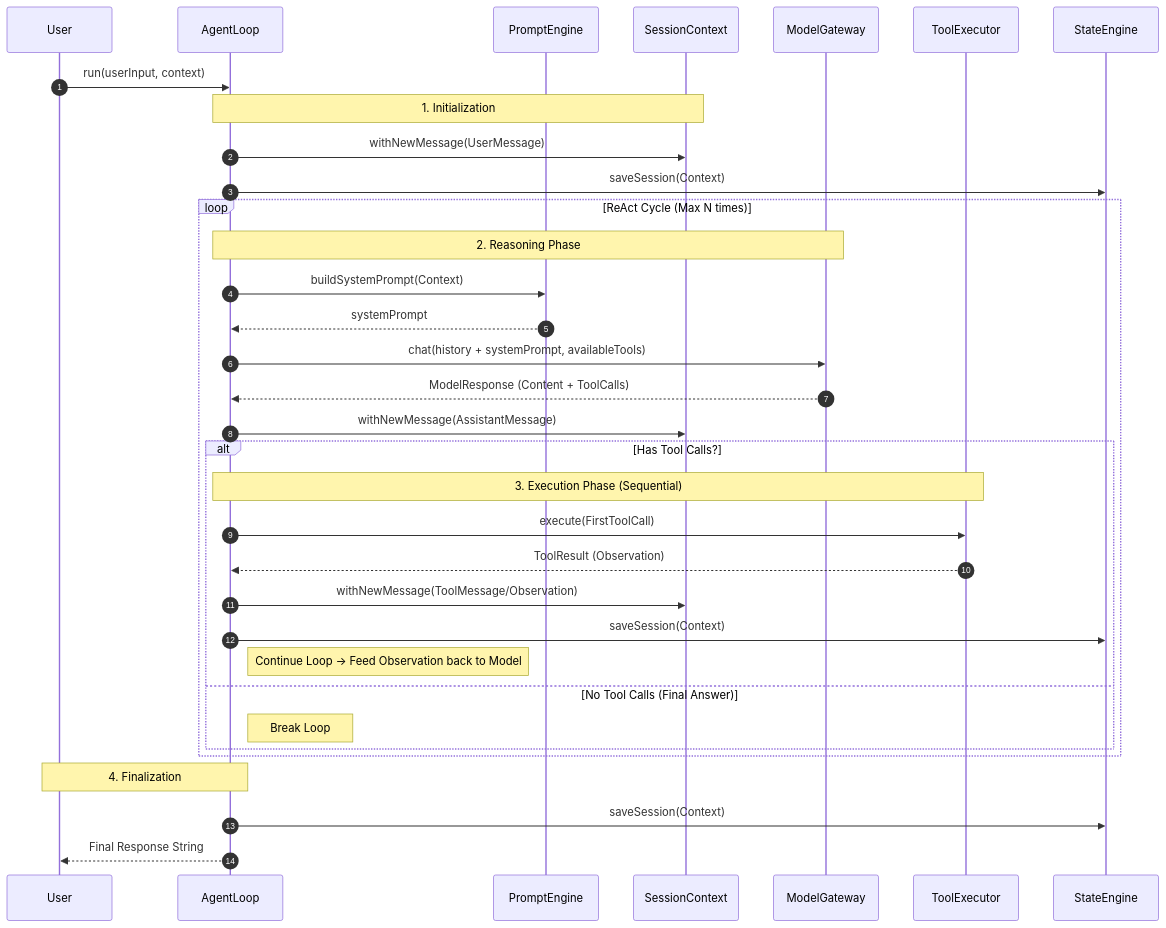
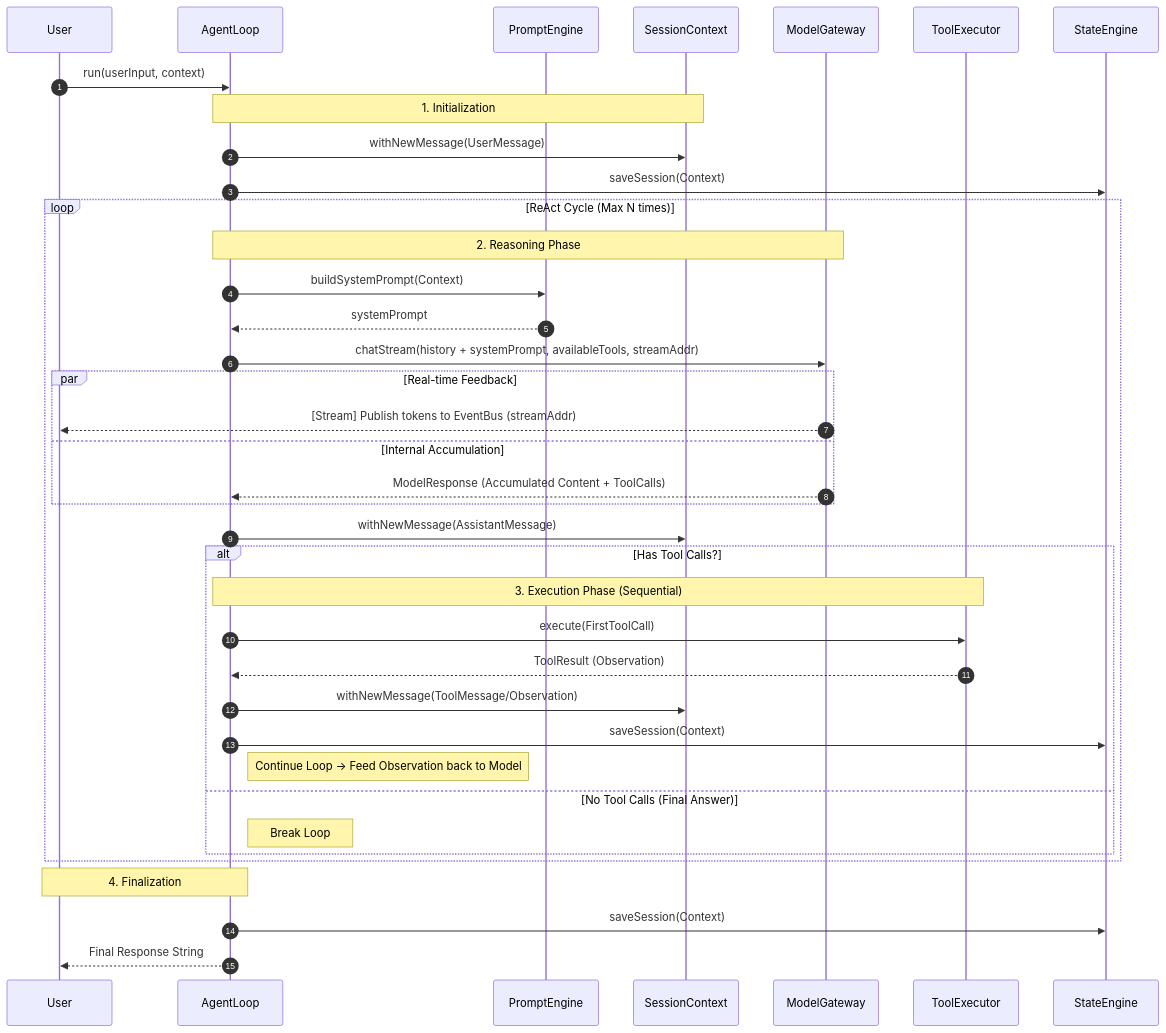
Before and after one commit to stream-iori/ganglia: the second of 3 diagrams in docs/CORE_KERNEL_DESIGN.md, drawn with Mermaid. The commit also changed 7 other files, not shown here.

````diff
--- a/docs/CORE_KERNEL_DESIGN.md
+++ b/docs/CORE_KERNEL_DESIGN.md
@@ -141,46 +141,51 @@
 ```mermaid
 sequenceDiagram
     autonumber
     participant User
     participant AgentLoop
     participant PromptEngine
     participant Context as SessionContext
     participant Model as ModelGateway
     participant ToolExec as ToolExecutor
     participant State as StateEngine
 
     User->>AgentLoop: run(userInput, context)
     
     Note over AgentLoop, Context: 1. Initialization
     AgentLoop->>Context: withNewMessage(UserMessage)
     AgentLoop->>State: saveSession(Context)
 
     loop ReAct Cycle (Max N times)
         Note over AgentLoop, Model: 2. Reasoning Phase
         AgentLoop->>PromptEngine: buildSystemPrompt(Context)
         PromptEngine-->>AgentLoop: systemPrompt
         
-        AgentLoop->>Model: chat(history + systemPrompt, availableTools)
-        Model-->>AgentLoop: ModelResponse (Content + ToolCalls)
+        AgentLoop->>Model: chatStream(history + systemPrompt, availableTools, streamAddr)
+        
+        par Real-time Feedback
+            Model-->>User: [Stream] Publish tokens to EventBus (streamAddr)
+        and Internal Accumulation
+            Model-->>AgentLoop: ModelResponse (Accumulated Content + ToolCalls)
+        end
         
         AgentLoop->>Context: withNewMessage(AssistantMessage)
         
         alt Has Tool Calls?
             Note over AgentLoop, ToolExec: 3. Execution Phase (Sequential)
             
             AgentLoop->>ToolExec: execute(FirstToolCall)
             ToolExec-->>AgentLoop: ToolResult (Observation)
             AgentLoop->>Context: withNewMessage(ToolMessage/Observation)
             
             AgentLoop->>State: saveSession(Context)
             Note right of AgentLoop: Continue Loop -> Feed Observation back to Model
             
         else No Tool Calls (Final Answer)
             Note right of AgentLoop: Break Loop
         end
     end
 
     Note over AgentLoop, User: 4. Finalization
     AgentLoop->>State: saveSession(Context)
     AgentLoop-->>User: Final Response String
 ```
````
